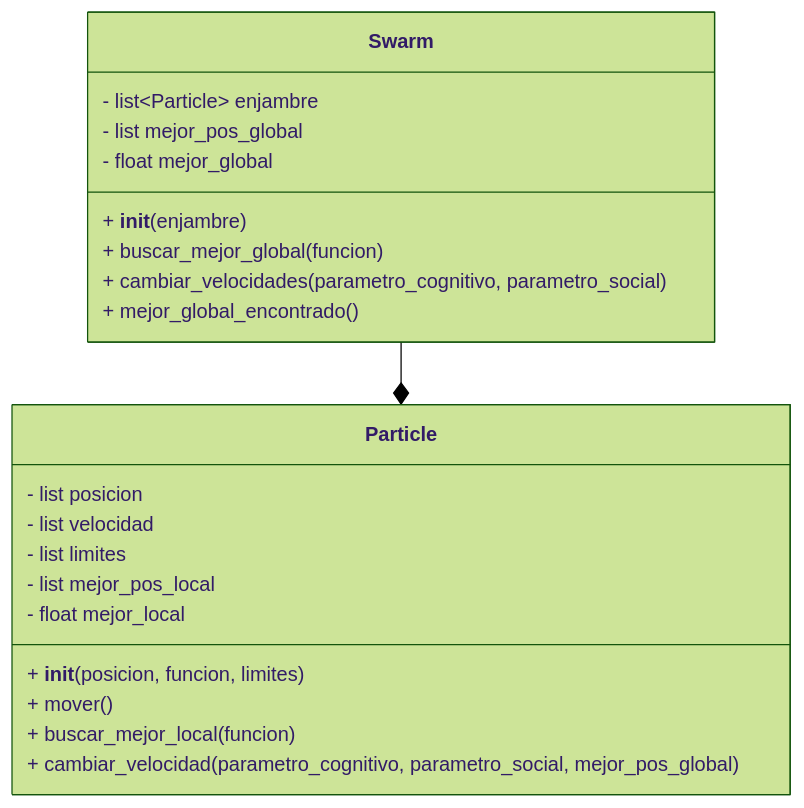
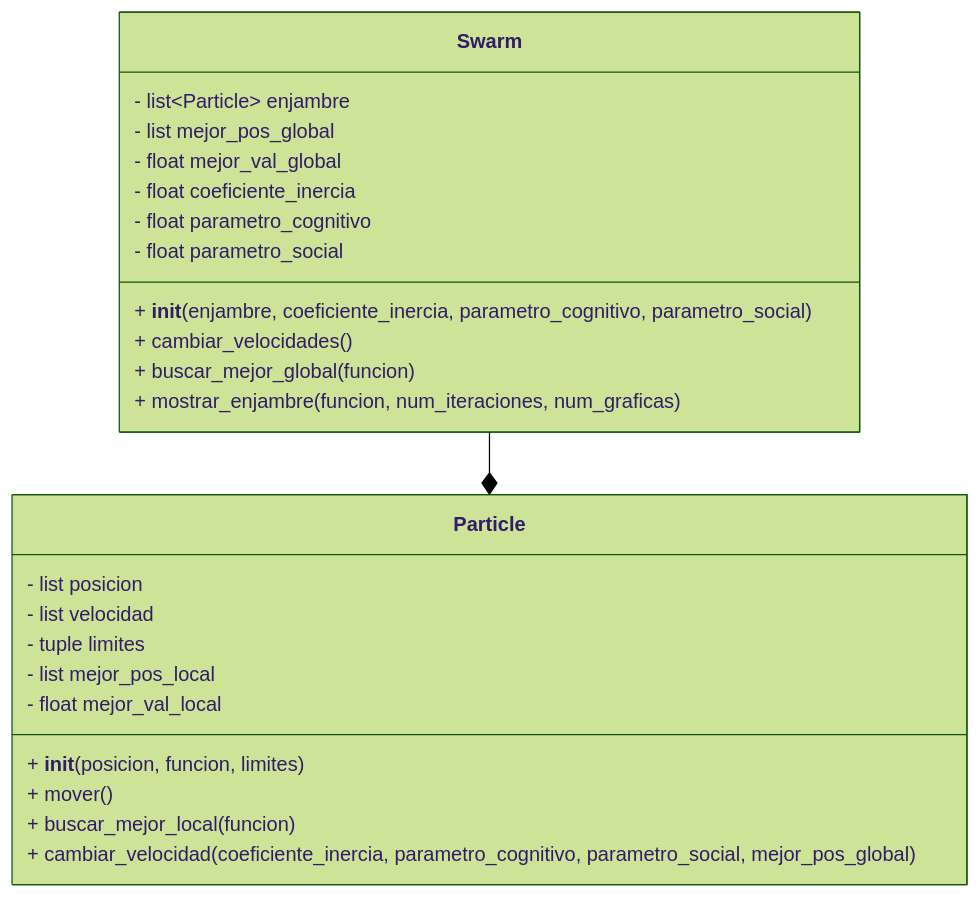
The diagram in README.md (SebastianCespedes12/Proyecto_POO), drawn with Mermaid (forest theme) before and after one commit.

````diff
--- a/README.md
+++ b/README.md
@@ -6,24 +6,27 @@
 ```mermaid
 classDiagram
-       class Swarm {
+    class Swarm {
         - list~Particle~ enjambre
         - list mejor_pos_global
-        - float mejor_global
-        + __init__(enjambre)
+        - float mejor_val_global
+        - float coeficiente_inercia
+        - float parametro_cognitivo
+        - float parametro_social
+        + __init__(enjambre, coeficiente_inercia, parametro_cognitivo, parametro_social)
+        + cambiar_velocidades()
         + buscar_mejor_global(funcion)
-        + cambiar_velocidades(parametro_cognitivo, parametro_social)
-        + mejor_global_encontrado()
+        + mostrar_enjambre(funcion, num_iteraciones, num_graficas)
     }
     class Particle {
         - list posicion
         - list velocidad
-        - list limites
+        - tuple limites
         - list mejor_pos_local
-        - float mejor_local
+        - float mejor_val_local
         + __init__(posicion, funcion, limites)
         + mover()
         + buscar_mejor_local(funcion)
-        + cambiar_velocidad(parametro_cognitivo, parametro_social, mejor_pos_global)
+        + cambiar_velocidad(coeficiente_inercia, parametro_cognitivo, parametro_social, mejor_pos_global)
     }
     Swarm --* Particle
 ```
````
